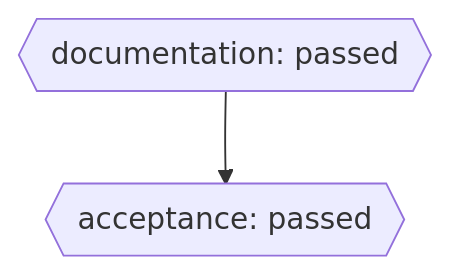
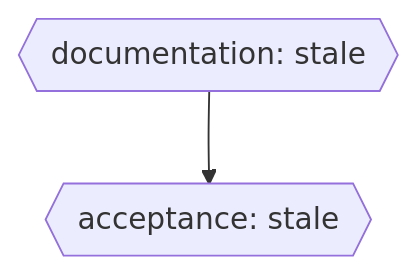
Before and after one commit to gosomea/deepseek-harness-go: the diagram in docs/10-plans/go-learning-docs/dag.mmd, drawn with Mermaid. The commit also changed 15 other files, not shown here.

```diff
--- a/docs/10-plans/go-learning-docs/dag.mmd
+++ b/docs/10-plans/go-learning-docs/dag.mmd
@@ -1,4 +1,4 @@
 flowchart TD
-  documentation{{"documentation: passed"}}
-  acceptance{{"acceptance: passed"}}
+  documentation{{"documentation: stale"}}
+  acceptance{{"acceptance: stale"}}
   documentation --> acceptance
```
